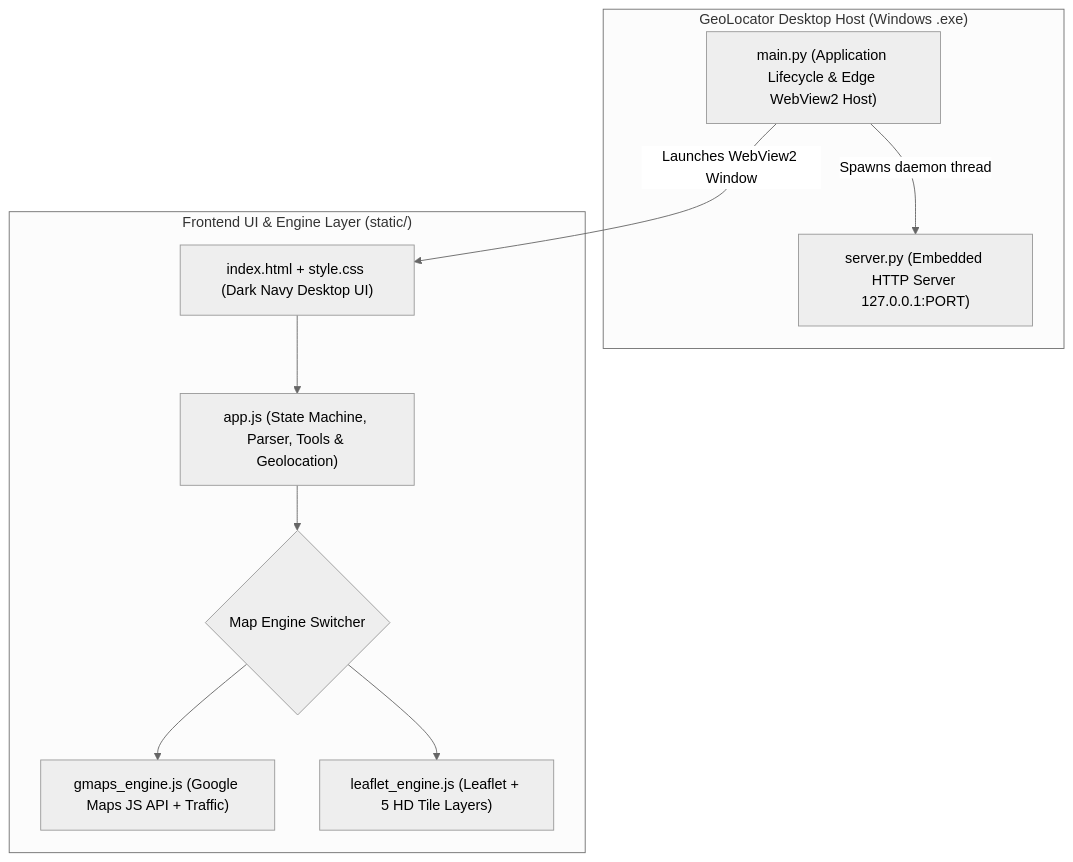
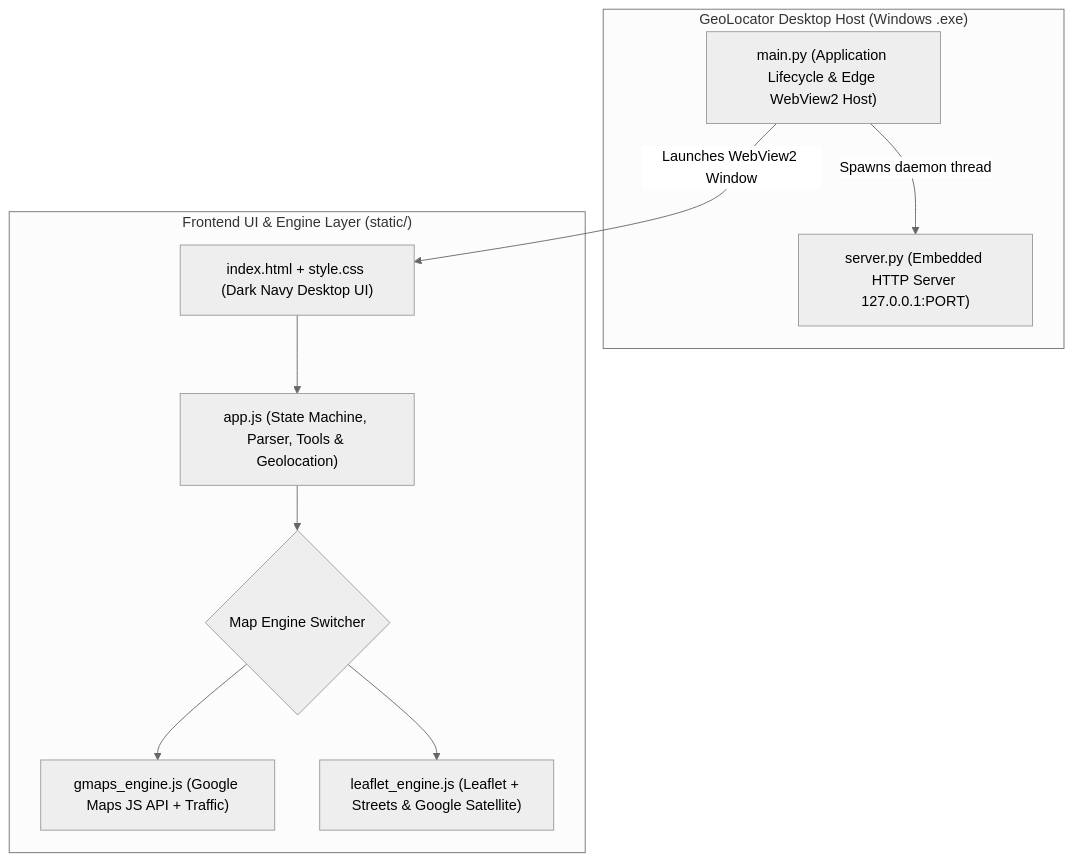
Before and after one commit to gerardorflammia/geo-locator: the diagram in README.md, drawn with Mermaid (neutral theme). The commit also changed other lines of this file and 7 other files, not shown here.

Commit message:
feat: simplify layers to Streets and Google Satellite, bundle secure config

````diff
--- a/README.md
+++ b/README.md
@@ -79,22 +76,22 @@
 ```mermaid
 graph TD
     subgraph "GeoLocator Desktop Host (Windows .exe)"
         Main["main.py (Application Lifecycle & Edge WebView2 Host)"]
         Server["server.py (Embedded HTTP Server 127.0.0.1:PORT)"]
     end
 
     subgraph "Frontend UI & Engine Layer (static/)"
         UI["index.html + style.css (Dark Navy Desktop UI)"]
         App["app.js (State Machine, Parser, Tools & Geolocation)"]
         EngineSwitch{"Map Engine Switcher"}
         GMaps["gmaps_engine.js (Google Maps JS API + Traffic)"]
-        Leaflet["leaflet_engine.js (Leaflet + 5 HD Tile Layers)"]
+        Leaflet["leaflet_engine.js (Leaflet + Streets & Google Satellite)"]
     end
 
     Main -->|Spawns daemon thread| Server
     Main -->|Launches WebView2 Window| UI
     UI --> App
     App --> EngineSwitch
     EngineSwitch --> GMaps
     EngineSwitch --> Leaflet
 ```
````
